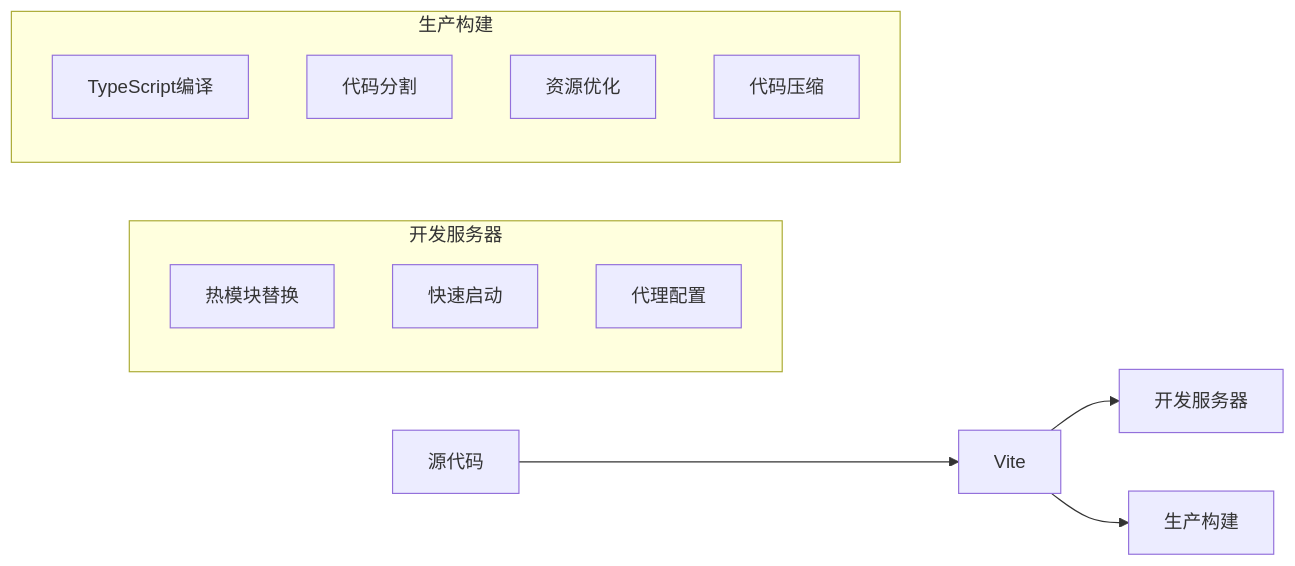
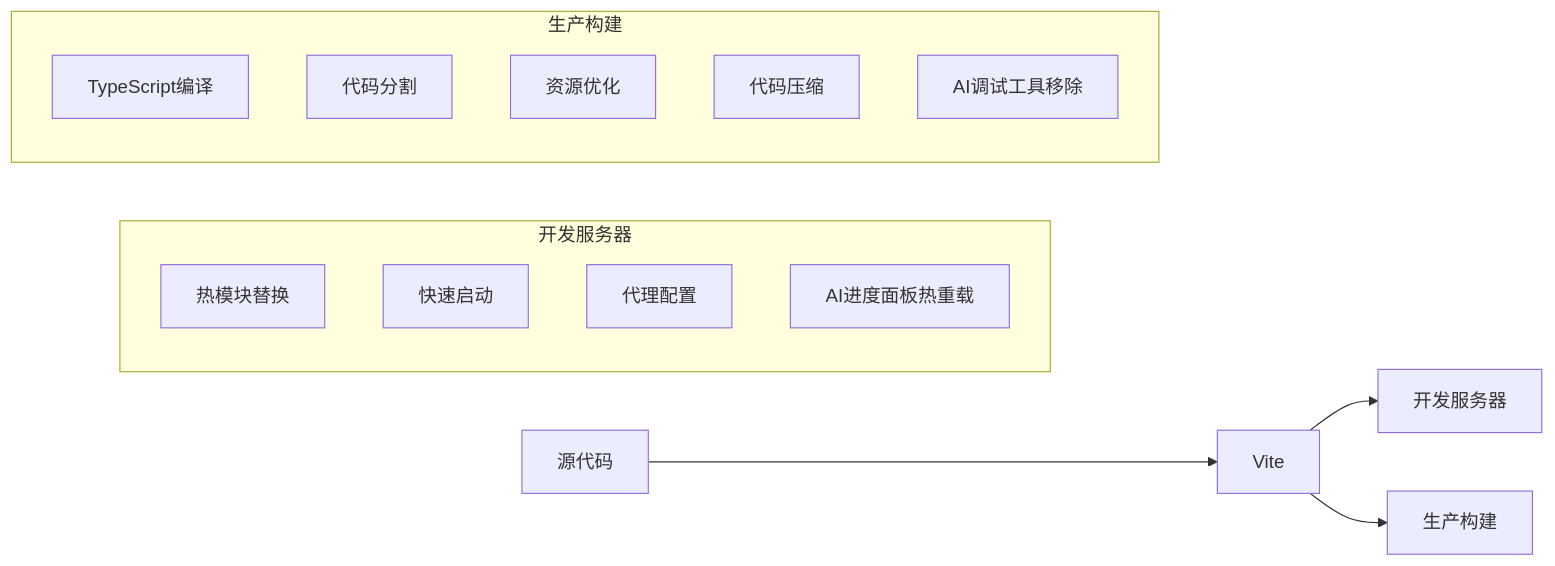
One commit to leonaiuv/aixsss changed the seventh of 9 diagrams in .qoder/repowiki/zh/content/开发指南/开发指南.md. Above: the diagram before and after it, drawn with Mermaid. The commit also changed other lines of this file and 5 other files, not shown here.

````diff
--- a/.qoder/repowiki/zh/content/开发指南/开发指南.md
+++ b/.qoder/repowiki/zh/content/开发指南/开发指南.md
@@ -308,17 +389,19 @@
 ```mermaid
 flowchart LR
 A[源代码] --> B[Vite]
 B --> C[开发服务器]
 B --> D[生产构建]
 subgraph 开发服务器
 C1[热模块替换]
 C2[快速启动]
 C3[代理配置]
+C4[AI进度面板热重载]
 end
 subgraph 生产构建
 D1[TypeScript编译]
 D2[代码分割]
 D3[资源优化]
 D4[代码压缩]
+D5[AI调试工具移除]
 end
 ```
````
